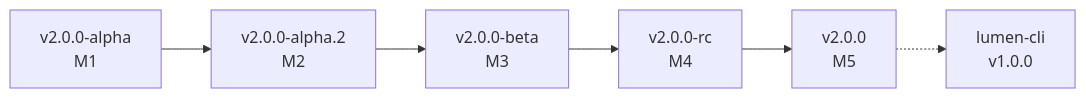
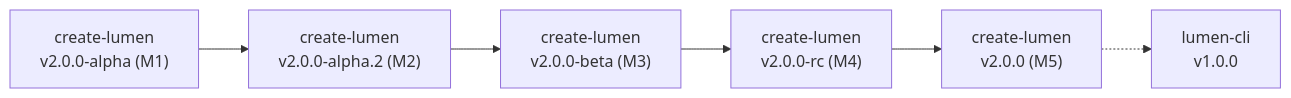
The fifth of 5 diagrams in docs/PLAN.md (LUMEN-SH/create-lumen), drawn with Mermaid before and after one commit. The commit also changed other lines of this file and 1 other file, not shown here.

Commit message:
docs: use explicit repo#issue refs in roadmap/plan (drop cl#/lc#)

````diff
--- a/docs/PLAN.md
+++ b/docs/PLAN.md
@@ -181,8 +182,8 @@
 ```mermaid
 graph LR
-    A["v2.0.0-alpha<br/>M1"] --> B["v2.0.0-alpha.2<br/>M2"]
-    B --> C["v2.0.0-beta<br/>M3"]
-    C --> D["v2.0.0-rc<br/>M4"]
-    D --> E["v2.0.0<br/>M5"]
+    A["create-lumen<br/>v2.0.0-alpha (M1)"] --> B["create-lumen<br/>v2.0.0-alpha.2 (M2)"]
+    B --> C["create-lumen<br/>v2.0.0-beta (M3)"]
+    C --> D["create-lumen<br/>v2.0.0-rc (M4)"]
+    D --> E["create-lumen<br/>v2.0.0 (M5)"]
     E -.-> F["lumen-cli<br/>v1.0.0"]
 ```
````
